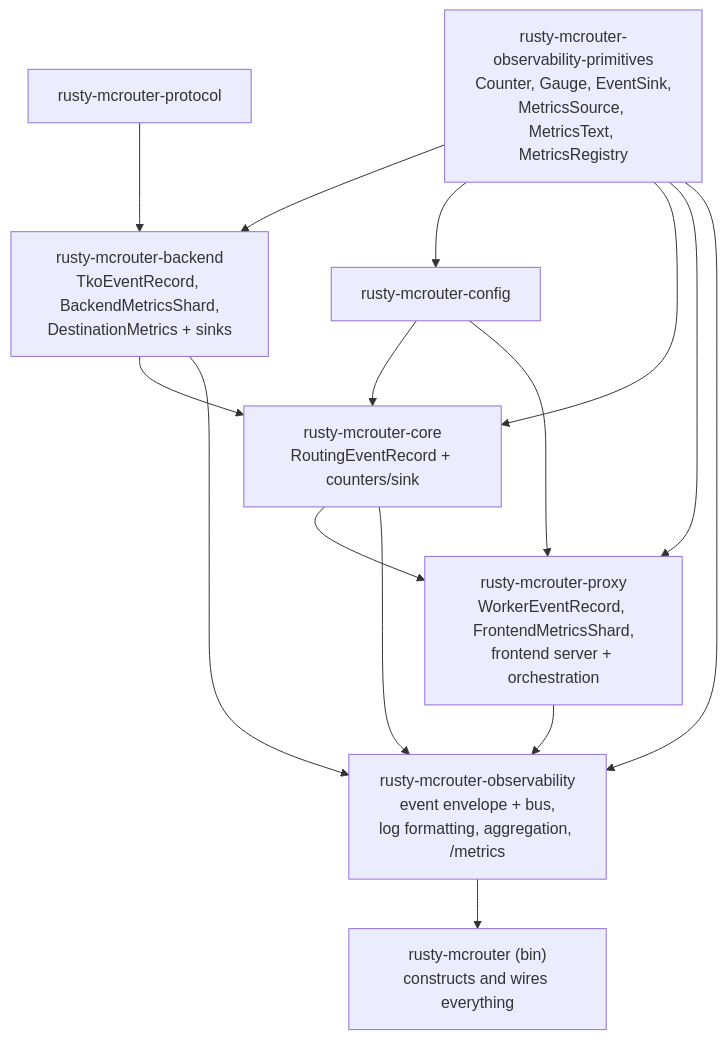
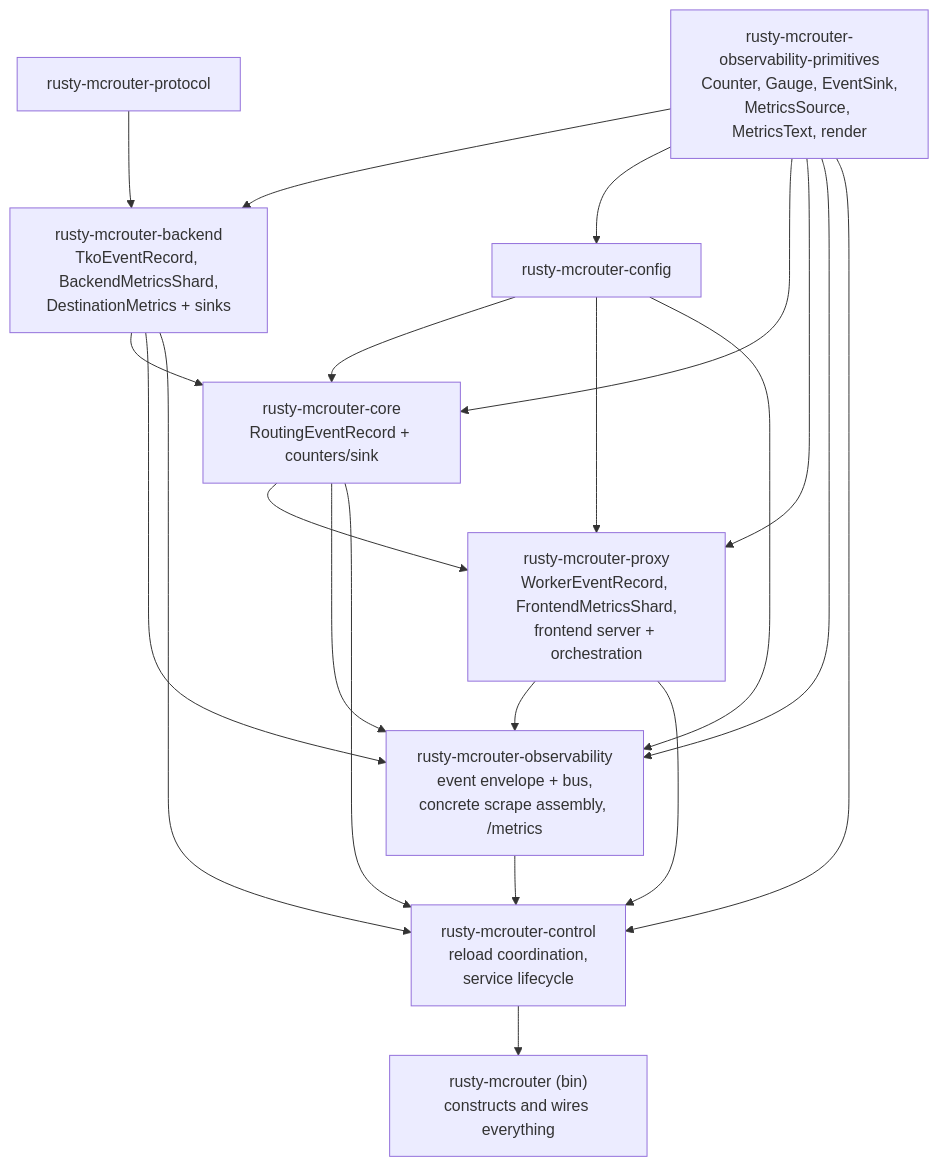
The second of 3 diagrams in docs/design/0001-observability.md (raydatray/rusty-mcrouter), drawn with Mermaid before and after one commit. The commit also changed other lines of this file and 13 other files, not shown here.

Commit message:
[11/n][observability] assemble application metrics

````diff
--- a/docs/design/0001-observability.md
+++ b/docs/design/0001-observability.md
@@ -199,21 +199,27 @@
 ```mermaid
 flowchart TB
     P[rusty-mcrouter-protocol]
     K[rusty-mcrouter-config]
-    Q["rusty-mcrouter-observability-primitives<br/>Counter, Gauge, EventSink,<br/>MetricsSource, MetricsText, MetricsRegistry"]
+    Q["rusty-mcrouter-observability-primitives<br/>Counter, Gauge, EventSink,<br/>MetricsSource, MetricsText, render"]
     N["rusty-mcrouter-backend<br/>TkoEventRecord, BackendMetricsShard,<br/>DestinationMetrics + sinks"]
     C["rusty-mcrouter-core<br/>RoutingEventRecord + counters/sink"]
     X["rusty-mcrouter-proxy<br/>WorkerEventRecord, FrontendMetricsShard,<br/>frontend server + orchestration"]
-    O["rusty-mcrouter-observability<br/>event envelope + bus,<br/>log formatting, aggregation, /metrics"]
+    O["rusty-mcrouter-observability<br/>event envelope + bus,<br/>concrete scrape assembly, /metrics"]
+    T["rusty-mcrouter-control<br/>reload coordination,<br/>service lifecycle"]
     B["rusty-mcrouter (bin)<br/>constructs and wires everything"]
-    P --> N --> C --> X --> O --> B
+    P --> N --> C --> X --> O --> T --> B
     K --> C
     K --> X
+    K --> O
     N --> O
     Q --> N
     Q --> K
     Q --> C
     Q --> X
     Q --> O
     C --> O
+    N --> T
+    C --> T
+    X --> T
+    Q --> T
 ```
````
